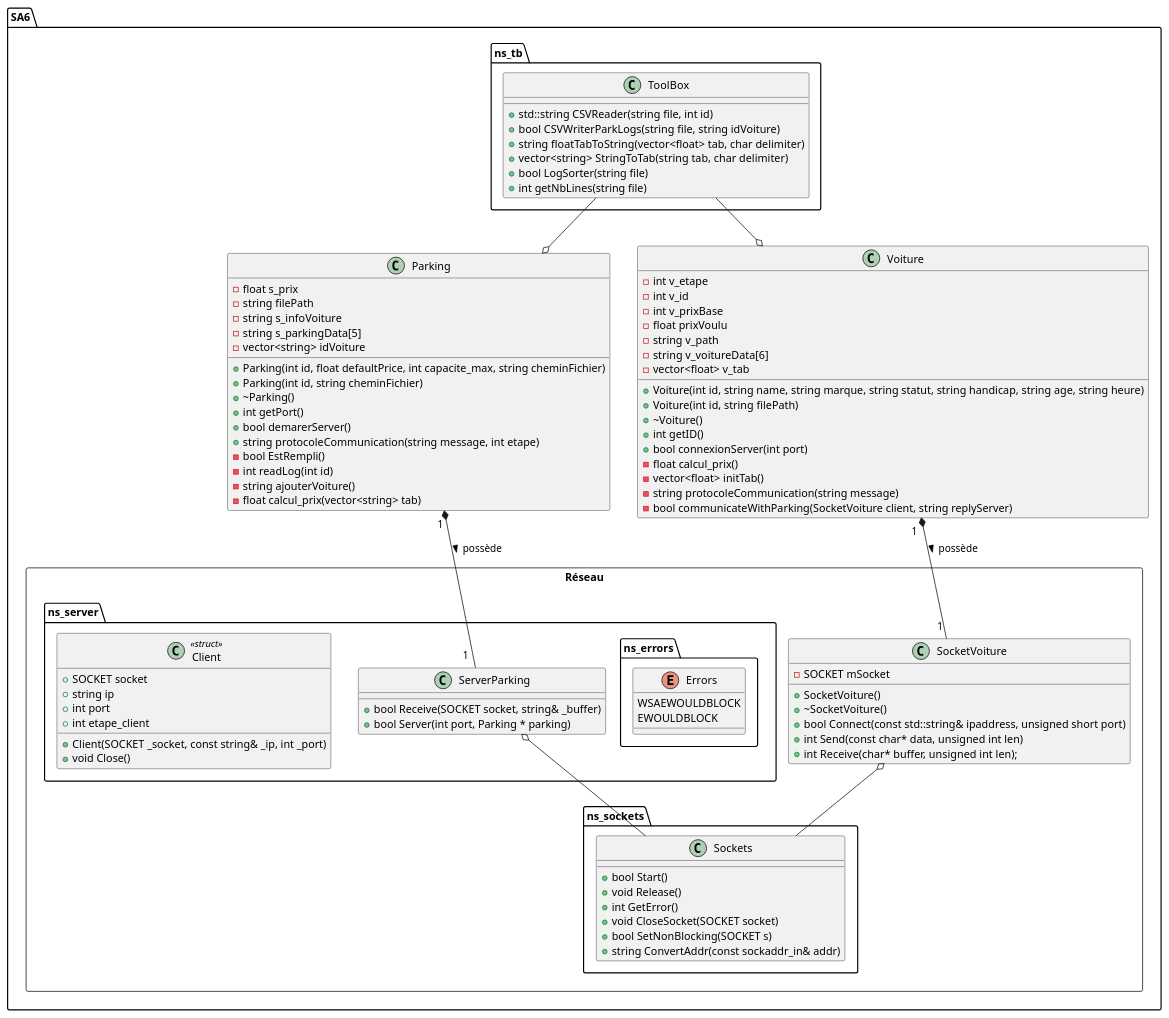
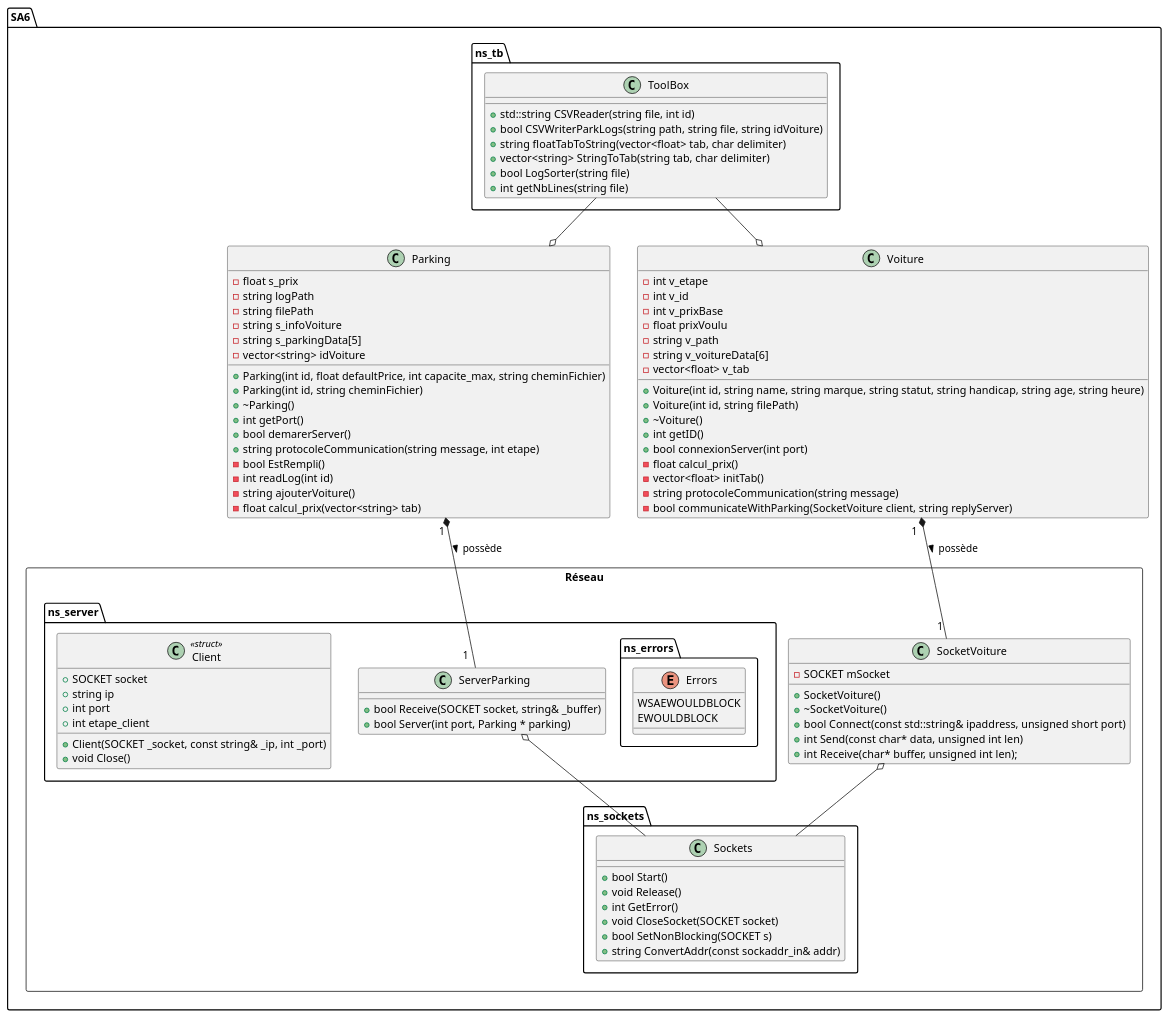
The diagram in SA6/doc/uml.plantuml (KevinFroissart/SA6_CarPark_AI), drawn with PlantUML before and after one commit. The commit also changed 10 other files, not shown here.

```diff
--- a/SA6/doc/uml.plantuml
+++ b/SA6/doc/uml.plantuml
@@ -1,116 +1,117 @@
 @startuml SA6_uml
 
 package SA6 {
 
     package ns_tb {
         class ToolBox {
             + std::string CSVReader(string file, int id)
-            + bool CSVWriterParkLogs(string file, string idVoiture)
+            + bool CSVWriterParkLogs(string path, string file, string idVoiture)
             + string floatTabToString(vector<float> tab, char delimiter)
             + vector<string> StringToTab(string tab, char delimiter)
             + bool LogSorter(string file)
             + int getNbLines(string file)
         }
     }
     
     class Parking {
         - float s_prix
+        - string logPath
         - string filePath
         - string s_infoVoiture
         - string s_parkingData[5]
         - vector<string> idVoiture
 
         + Parking(int id, float defaultPrice, int capacite_max, string cheminFichier)
         + Parking(int id, string cheminFichier)
         + ~Parking()
         + int getPort()
         + bool demarerServer()
         + string protocoleCommunication(string message, int etape)
         - bool EstRempli()
         - int readLog(int id)
         - string ajouterVoiture()
         - float calcul_prix(vector<string> tab)
     }
 
     Class Voiture {
         - int v_etape
         - int v_id
         - int v_prixBase
         - float prixVoulu
         - string v_path
         - string v_voitureData[6]
         - vector<float> v_tab
 
         + Voiture(int id, string name, string marque, string statut, string handicap, string age, string heure)
         + Voiture(int id, string filePath)
         + ~Voiture()
         + int getID()
         + bool connexionServer(int port)
         - float calcul_prix()
         - vector<float> initTab()
         - string protocoleCommunication(string message)
         - bool communicateWithParking(SocketVoiture client, string replyServer)
     }
 
     package Réseau <<Rectangle>> {
 
         package ns_server {
             Class ServerParking {
                 + bool Receive(SOCKET socket, string& _buffer)
                 + bool Server(int port, Parking * parking)
             }
 
             package ns_errors {
                 enum Errors {
                     WSAEWOULDBLOCK
                     EWOULDBLOCK
                 }
             }
 
             Class Client << struct >> {
                 + SOCKET socket
 	            + string ip
 	            + int port
 	            + int etape_client
 
 	            + Client(SOCKET _socket, const string& _ip, int _port)
                 + void Close()
             }
         }
 
         Class SocketVoiture {
             - SOCKET mSocket
 
             + SocketVoiture()
             + ~SocketVoiture()
             + bool Connect(const std::string& ipaddress, unsigned short port)
             + int Send(const char* data, unsigned int len)
             + int Receive(char* buffer, unsigned int len);	
         }
 
         package ns_sockets{
 
             Class Sockets {
 
                 + bool Start()
                 + void Release()
                 + int GetError()
                 + void CloseSocket(SOCKET socket)
                 + bool SetNonBlocking(SOCKET s)
                 + string ConvertAddr(const sockaddr_in& addr)    
             }
         }
     }
 }
 
 ToolBox --o Voiture
 ToolBox --o Parking
 
 Parking "1 " *-- "1  " ServerParking : > possède
 Voiture "1  " *-- "1 " SocketVoiture : possède >
 
 SocketVoiture o-- Sockets
 ServerParking o-- Sockets
 
 
 @enduml
```
